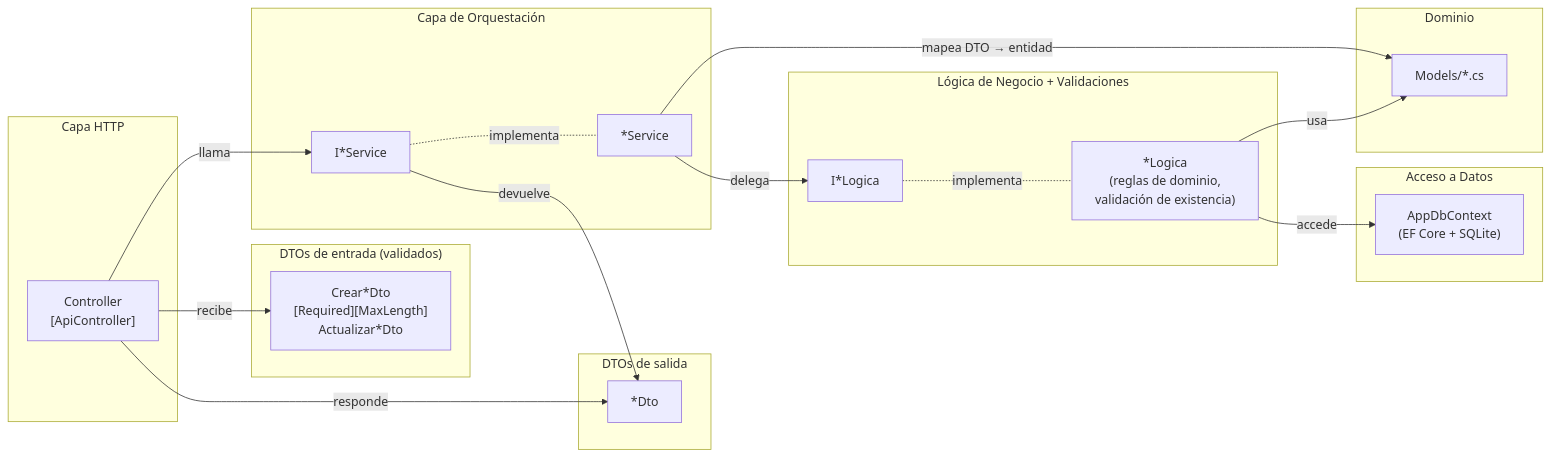
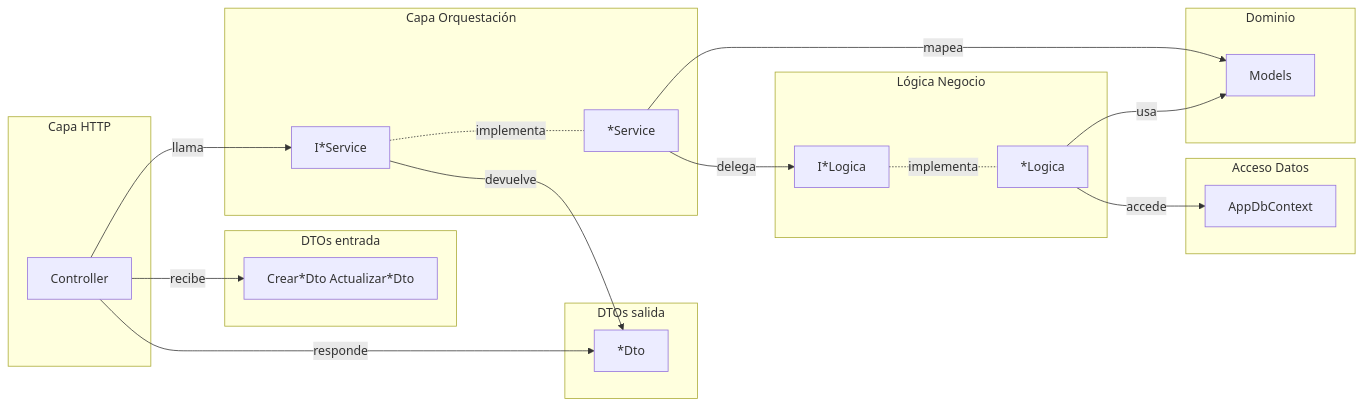
The fourth of 7 diagrams in docs/skills-orquestacion.md (hispafox/DemoCopilot), drawn with Mermaid before and after one commit. The commit also changed other lines of this file and 3 other files, not shown here.

````diff
--- a/docs/skills-orquestacion.md
+++ b/docs/skills-orquestacion.md
@@ -123,44 +177,44 @@
 ```mermaid
 flowchart LR
     subgraph HTTP["Capa HTTP"]
-        C["Controller\n[ApiController]"]
+        C["Controller"]
     end
 
-    subgraph DTO_IN["DTOs de entrada (validados)"]
-        DI["Crear*Dto\n[Required][MaxLength]\nActualizar*Dto"]
+    subgraph DTO_IN["DTOs entrada"]
+        DI["Crear*Dto Actualizar*Dto"]
     end
 
-    subgraph DTO_OUT["DTOs de salida"]
+    subgraph DTO_OUT["DTOs salida"]
         DO["*Dto"]
     end
 
-    subgraph SVC["Capa de Orquestación"]
+    subgraph SVC["Capa Orquestación"]
         SI["I*Service"]
         SS["*Service"]
         SI -.implementa.- SS
     end
 
-    subgraph BL["Lógica de Negocio + Validaciones"]
+    subgraph BL["Lógica Negocio"]
         LI["I*Logica"]
-        LS["*Logica\n(reglas de dominio,\nvalidación de existencia)"]
+        LS["*Logica"]
         LI -.implementa.- LS
     end
 
-    subgraph DATA["Acceso a Datos"]
-        DB["AppDbContext\n(EF Core + SQLite)"]
+    subgraph DATA["Acceso Datos"]
+        DB["AppDbContext"]
     end
 
     subgraph DOM["Dominio"]
-        MO["Models/*.cs"]
+        MO["Models"]
     end
 
     C -->|"recibe"| DI
     C -->|"llama"| SI
     SI -->|"devuelve"| DO
     C -->|"responde"| DO
 
-    SS -->|"mapea DTO → entidad"| MO
+    SS -->|"mapea"| MO
     SS -->|"delega"| LI
     LS -->|"usa"| MO
     LS -->|"accede"| DB
 ```
````
